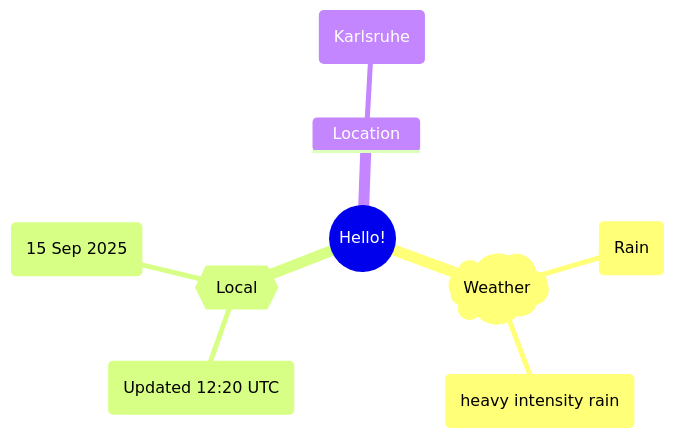
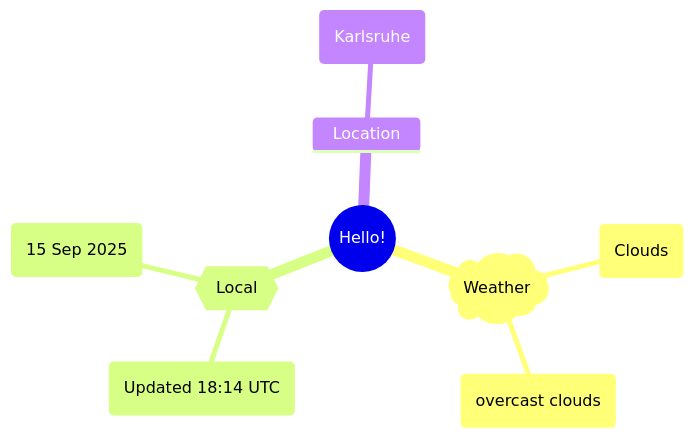
Before and after one commit to Xosrov/Xosrov: the first of 2 diagrams in README.md, drawn with Mermaid.

Commit message:
[bot] updated images

````diff
--- a/README.md
+++ b/README.md
@@ -3,12 +3,12 @@
 ```mermaid
 mindmap
   root((Hello!))
     )Weather(
-        (Rain)
-        (heavy intensity rain)
+        (Clouds)
+        (overcast clouds)
     {{Local}}
-        (Updated 12:20 UTC)
+        (Updated 18:14 UTC)
         (15 Sep 2025)
     Location
         (Karlsruhe)
 ```
````
